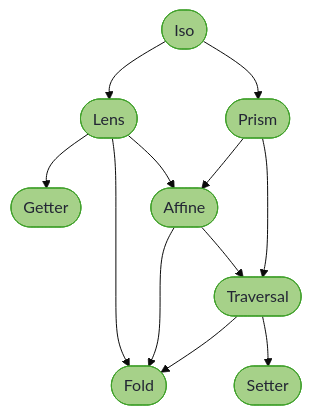
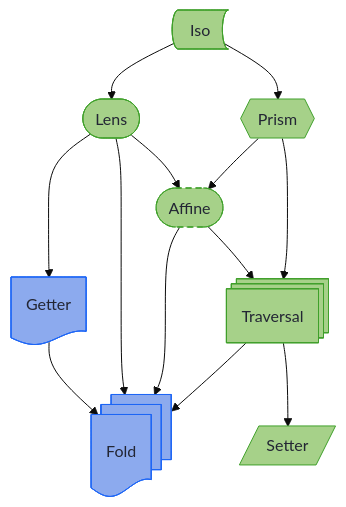
One commit to higher-kinded-j/higher-kinded-j changed the diagram in hkj-book/src/optics/composition_rules.md. Above: the diagram before and after it, drawn with Mermaid (base theme). The commit also changed other lines of this file and 24 other files, not shown here.

````diff
--- a/hkj-book/src/optics/composition_rules.md
+++ b/hkj-book/src/optics/composition_rules.md
@@ -33,17 +33,24 @@
 ```mermaid
 flowchart TD
-    I(["Iso"]) --> L(["Lens"])
-    I --> P(["Prism"])
-    L --> G(["Getter"])
-    L --> F(["Fold"])
+    accTitle: Optics ranked by capability
+    accDescr: Iso points to Lens and Prism. Lens points to Getter, Fold and Affine, Getter to Fold, and Prism to Affine and Traversal. Affine points to Fold and Traversal, and Traversal to Fold and Setter. Each arrow runs from an optic to one that can do less, so Iso can do the most and Fold and Setter the least.
+    I@{ shape: bow-rect, label: "Iso" } --> L(["Lens"])
+    I --> P@{ shape: hex, label: "Prism" }
+    L --> G@{ shape: doc, label: "Getter" }
+    G --> F
+    L --> F@{ shape: docs, label: "Fold" }
     L --> A(["Affine"])
     P --> A
     A --> F
-    A --> T(["Traversal"])
+    A --> T@{ shape: st-rect, label: "Traversal" }
     P --> T
     T --> F
-    T --> St(["Setter"])
+    T --> St@{ shape: lean-r, label: "Setter" }
 
-    classDef tier fill:#a6d189,stroke:#40a02b,color:#232634
-    class I,L,P,G,F,A,T,St tier
+    classDef rw fill:#a6d189,stroke:#40a02b,color:#232634
+    classDef maybe fill:#a6d189,stroke:#40a02b,color:#232634,stroke-dasharray:6 4
+    classDef ro fill:#8caaee,stroke:#1e66f5,color:#232634
+    class I,L,P,T,St rw
+    class A maybe
+    class G,F ro
 ```
````
